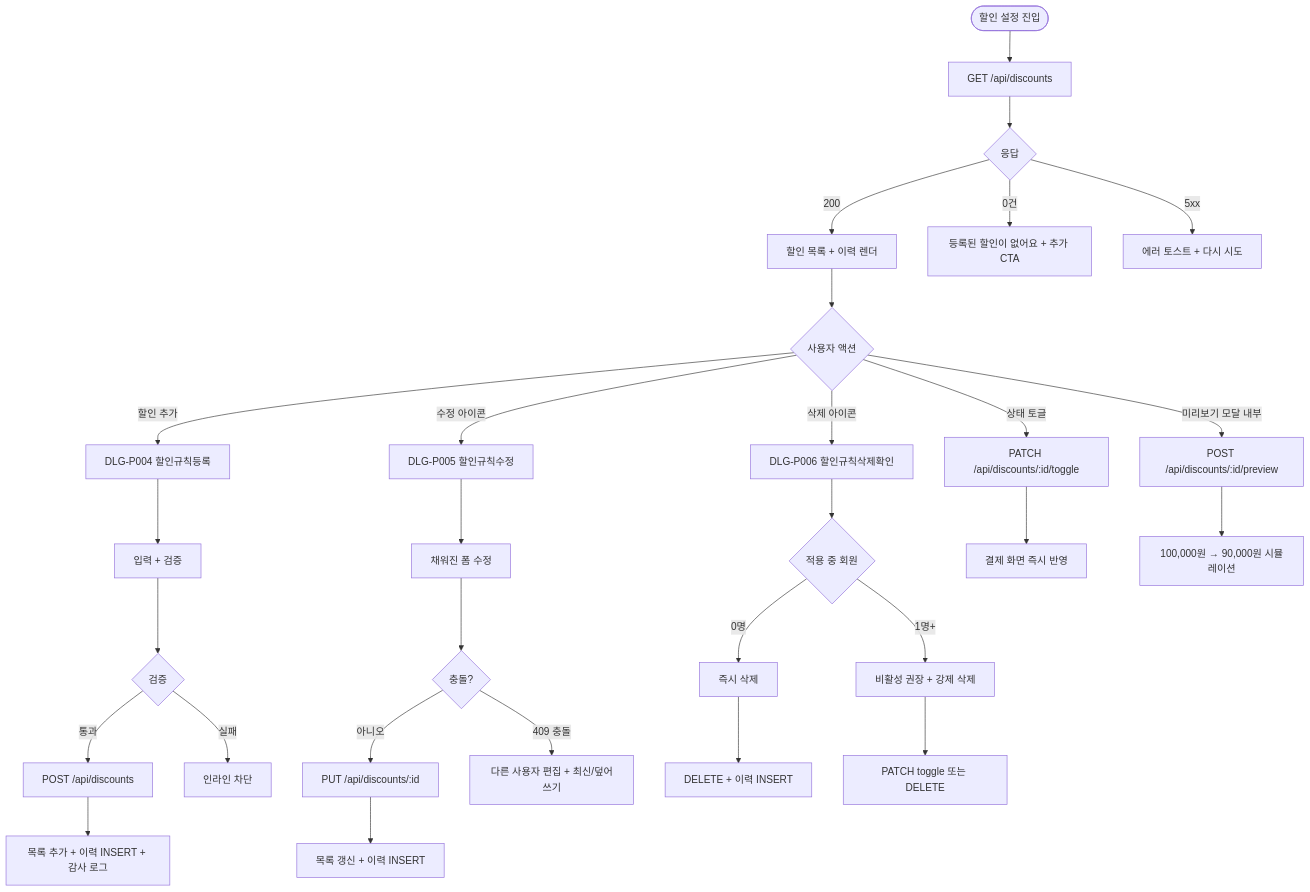
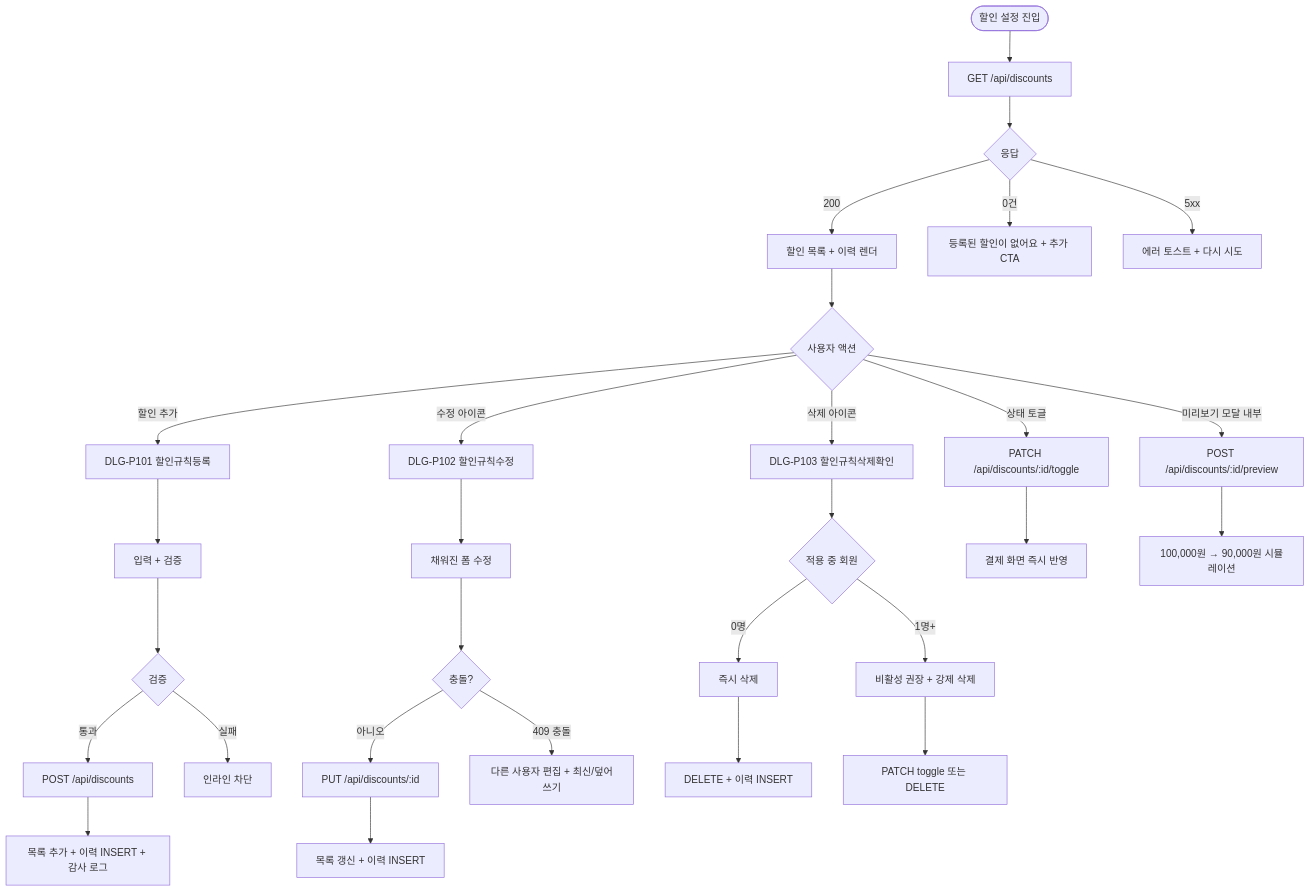
Before and after one commit to dev-spogym/admin-pando: the first of 2 diagrams in docs-domain/D05 상품관리/SCR-P004 할인설정 페이지/README.md, drawn with Mermaid. The commit also changed other lines of this file and 15 other files, not shown here.

````diff
--- a/docs-domain/D05 상품관리/SCR-P004 할인설정 페이지/README.md
+++ b/docs-domain/D05 상품관리/SCR-P004 할인설정 페이지/README.md
@@ -186,31 +186,31 @@
 ```mermaid
 flowchart TD
     A([할인 설정 진입]) --> B[GET /api/discounts]
     B --> C{응답}
     C -->|200| D[할인 목록 + 이력 렌더]
     C -->|0건| E["등록된 할인이 없어요" + 추가 CTA]
     C -->|5xx| F[에러 토스트 + 다시 시도]
     D --> G{사용자 액션}
-    G -->|할인 추가| H[DLG-P004 할인규칙등록]
+    G -->|할인 추가| H[DLG-P101 할인규칙등록]
     H --> I[입력 + 검증]
     I --> J{검증}
     J -->|통과| K[POST /api/discounts]
     K --> L[목록 추가 + 이력 INSERT + 감사 로그]
     J -->|실패| M[인라인 차단]
-    G -->|수정 아이콘| N[DLG-P005 할인규칙수정]
+    G -->|수정 아이콘| N[DLG-P102 할인규칙수정]
     N --> O[채워진 폼 수정]
     O --> P{충돌?}
     P -->|아니오| Q[PUT /api/discounts/:id]
     P -->|409 충돌| R["다른 사용자 편집" + 최신/덮어쓰기]
     Q --> S[목록 갱신 + 이력 INSERT]
-    G -->|삭제 아이콘| T[DLG-P006 할인규칙삭제확인]
+    G -->|삭제 아이콘| T[DLG-P103 할인규칙삭제확인]
     T --> U{적용 중 회원}
     U -->|0명| V[즉시 삭제]
     U -->|1명+| W[비활성 권장 + 강제 삭제]
     V --> X[DELETE + 이력 INSERT]
     W --> Y[PATCH toggle 또는 DELETE]
     G -->|상태 토글| Z[PATCH /api/discounts/:id/toggle]
     Z --> AA[결제 화면 즉시 반영]
     G -->|미리보기 모달 내부| AB[POST /api/discounts/:id/preview]
     AB --> AC["100,000원 → 90,000원" 시뮬레이션]
 ```
````
